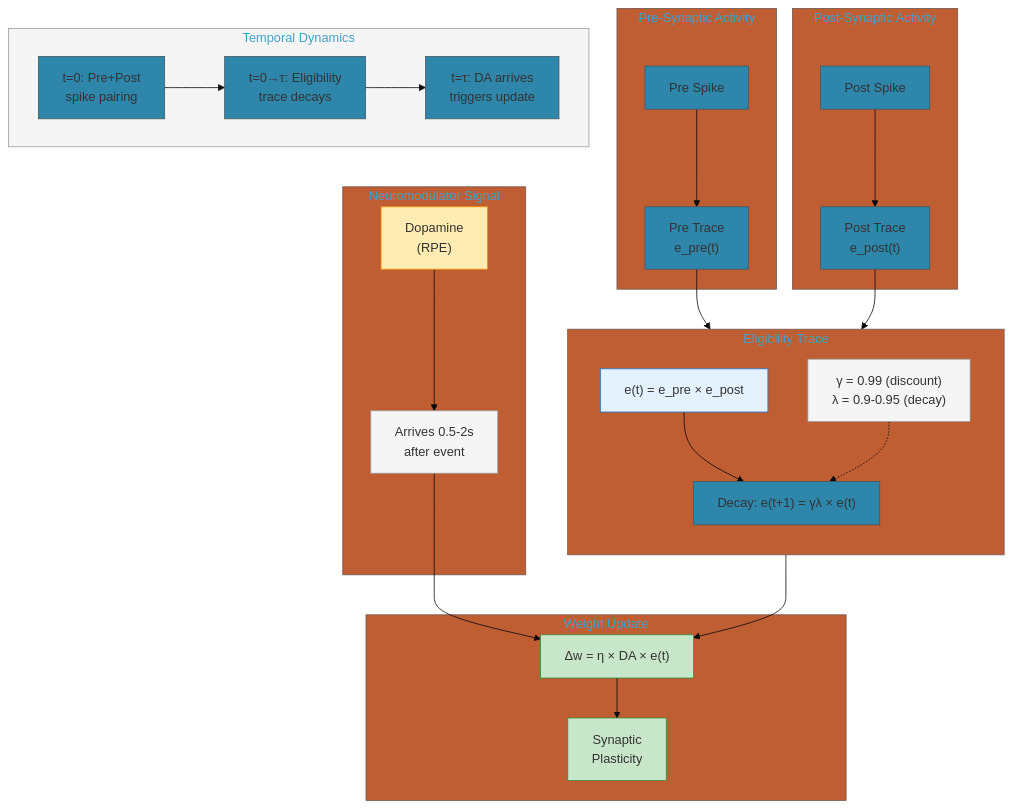
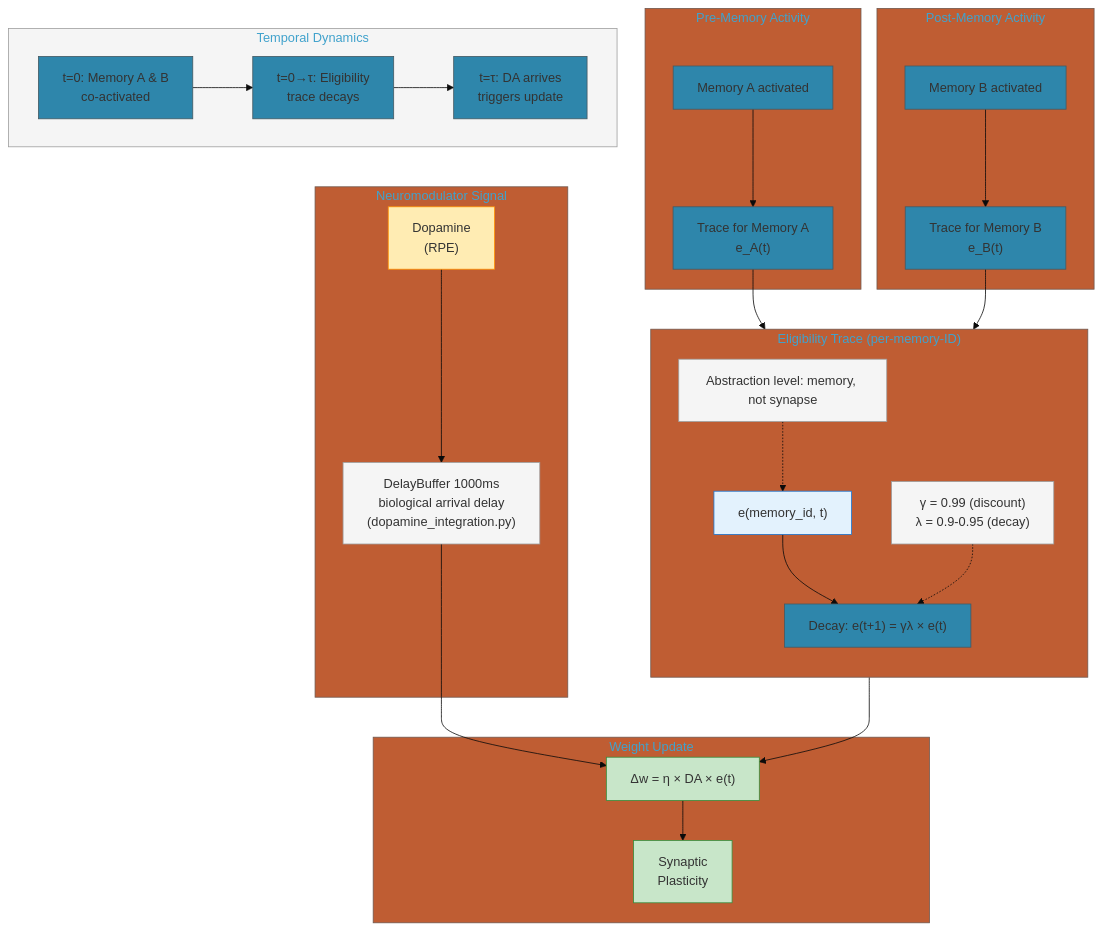
Before and after one commit to astoreyai/t4d: the diagram in docs/diagrams/eligibility_trace.mermaid, drawn with Mermaid. The commit also changed 71 other files, not shown here.

First line of the commit message:
Sync all diagrams to match code reality (42 atomic edits)

```diff
--- a/docs/diagrams/eligibility_trace.mermaid
+++ b/docs/diagrams/eligibility_trace.mermaid
@@ -1,59 +1,61 @@
 %%{init: {'theme': 'base', 'themeVariables': { 'primaryColor': '#2e86ab'}}}%%
 flowchart TB
-    subgraph PreSynaptic["Pre-Synaptic Activity"]
-        PRE_SPIKE["Pre Spike"]
-        PRE_TRACE["Pre Trace<br/>e_pre(t)"]
+    subgraph PreActivity["Pre-Memory Activity"]
+        PRE_MEM["Memory A activated"]
+        PRE_TRACE["Trace for Memory A<br/>e_A(t)"]
     end
 
-    subgraph PostSynaptic["Post-Synaptic Activity"]
-        POST_SPIKE["Post Spike"]
-        POST_TRACE["Post Trace<br/>e_post(t)"]
+    subgraph PostActivity["Post-Memory Activity"]
+        POST_MEM["Memory B activated"]
+        POST_TRACE["Trace for Memory B<br/>e_B(t)"]
     end
 
-    subgraph EligibilityTrace["Eligibility Trace"]
+    subgraph EligibilityTrace["Eligibility Trace (per-memory-ID)"]
         direction TB
-        ET["e(t) = e_pre × e_post"]
+        ET["e(memory_id, t)"]
         ET_DECAY["Decay: e(t+1) = γλ × e(t)"]
         ET_PARAMS["γ = 0.99 (discount)<br/>λ = 0.9-0.95 (decay)"]
+        ET_NOTE["Abstraction level: memory, not synapse"]
     end
 
     subgraph Neuromodulator["Neuromodulator Signal"]
         DA["Dopamine<br/>(RPE)"]
-        DA_TIMING["Arrives 0.5-2s<br/>after event"]
+        DA_TIMING["DelayBuffer 1000ms<br/>biological arrival delay<br/>(dopamine_integration.py)"]
     end
 
     subgraph WeightUpdate["Weight Update"]
         DW["Δw = η × DA × e(t)"]
         RESULT["Synaptic<br/>Plasticity"]
     end
 
     subgraph Timeline["Temporal Dynamics"]
-        T1["t=0: Pre+Post<br/>spike pairing"]
+        T1["t=0: Memory A & B<br/>co-activated"]
         T2["t=0→τ: Eligibility<br/>trace decays"]
         T3["t=τ: DA arrives<br/>triggers update"]
     end
 
     %% Connections
-    PRE_SPIKE --> PRE_TRACE
-    POST_SPIKE --> POST_TRACE
+    PRE_MEM --> PRE_TRACE
+    POST_MEM --> POST_TRACE
     PRE_TRACE --> ET
     POST_TRACE --> ET
     ET --> ET_DECAY
     ET_PARAMS -.-> ET_DECAY
+    ET_NOTE -.-> ET
 
     DA --> DA_TIMING
     DA_TIMING --> DW
     ET_DECAY --> DW
     DW --> RESULT
 
     T1 --> T2 --> T3
 
     %% Styling
     style ET fill:#e3f2fd,stroke:#1976d2
     style DA fill:#ffecb3,stroke:#ff8f00
     style DW fill:#c8e6c9,stroke:#388e3c
     style RESULT fill:#c8e6c9,stroke:#388e3c
 
     %% Notes
     classDef noteStyle fill:#f5f5f5,stroke:#9e9e9e
-    class ET_PARAMS,DA_TIMING,Timeline noteStyle
+    class ET_PARAMS,DA_TIMING,Timeline,ET_NOTE noteStyle
```
